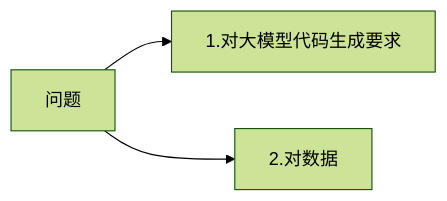
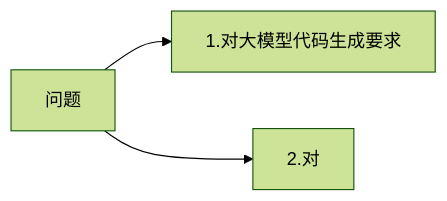
The diagram in all/组件数据存储-1.md (yingjianzh/iodraw-files), drawn with Mermaid (forest theme) before and after one commit.

Commit message:
2025-02-14 10:34:02 update

````diff
--- a/all/组件数据存储-1.md
+++ b/all/组件数据存储-1.md
@@ -1,7 +1,7 @@
 ```mermaid
 flowchart LR
     问题 --> 1.对大模型代码生成要求
-    问题 --> 2.对数据
+    问题 --> 2.对
     
   
 ```
````
